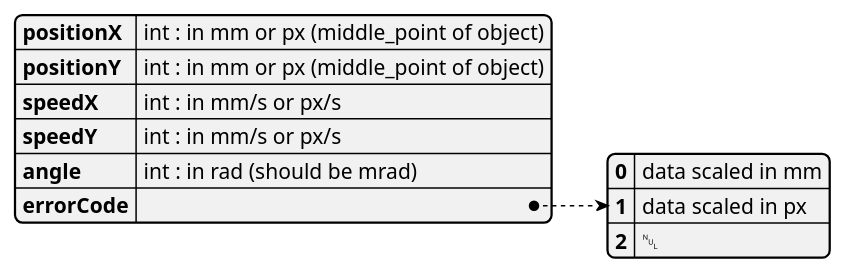
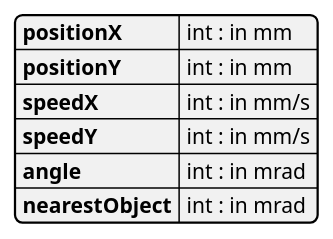
One commit to NewTec-GmbH/SpaceShipRadar changed the diagram in doc/uml/message.puml. Above: the diagram before and after it, drawn with PlantUML.

Commit message:
updated message puml

```diff
--- a/doc/uml/message.puml
+++ b/doc/uml/message.puml
@@ -1,16 +1,12 @@
 @startjson message
 
 {
-  "positionX": "int : in mm or px (middle_point of object)",
-  "positionY": "int : in mm or px (middle_point of object)",
-  "speedX": "int : in mm/s or px/s",
-  "speedY": "int : in mm/s or px/s",
-  "angle": "int : in rad (should be mrad)",
-  "errorCode": {
-    "0": "data scaled in mm",
-    "1": "data scaled in px",
-    "2": null
-  }
+  "positionX": "int : in mm",
+  "positionY": "int : in mm",
+  "speedX": "int : in mm/s",
+  "speedY": "int : in mm/s",
+  "angle": "int : in mrad",
+  "nearestObject" : "int : in mrad"
 }
 
 @endjson
```
